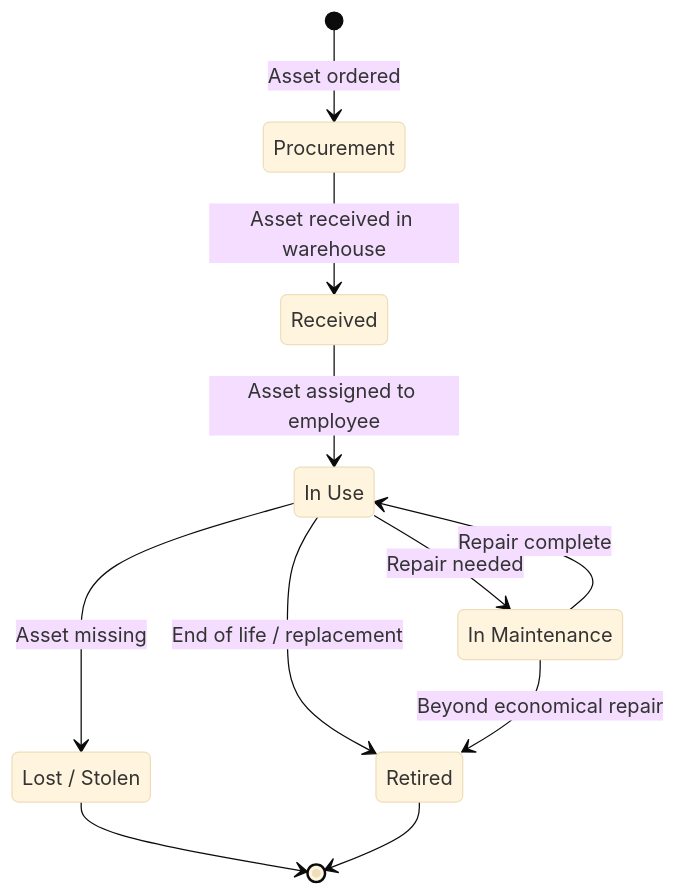
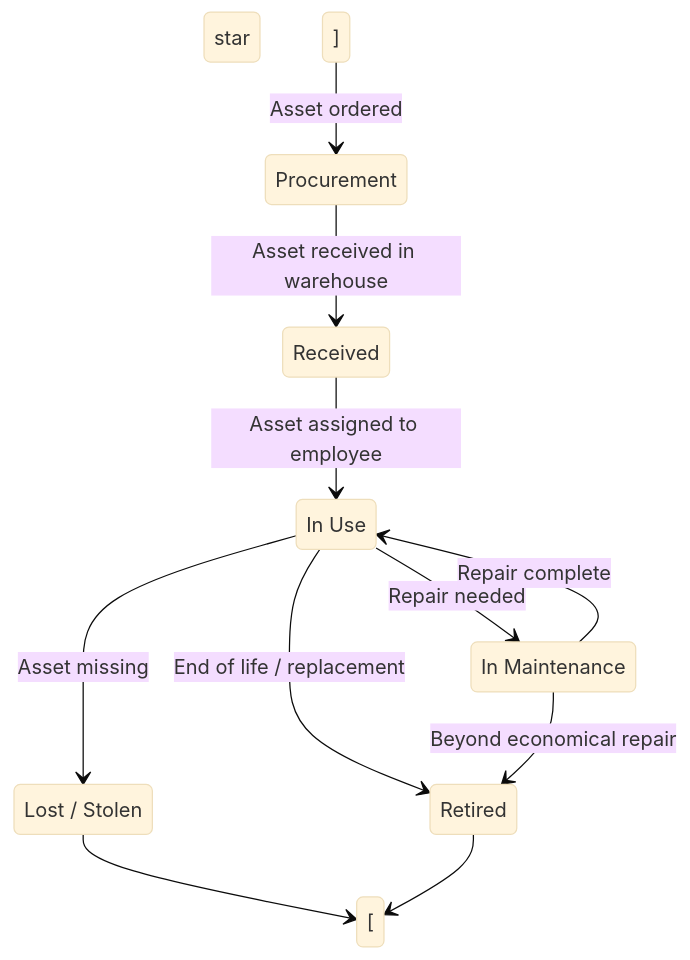
Before and after one commit to eltonaguiar/ServiceNow_Learning_TSOM-_CSM_FSM_SalesCRM_HAM_ITSM: the first of 9 diagrams in docs/modules/ham/ham-guide.md, drawn with Mermaid (base theme). The commit also changed other lines of this file and 19 other files, not shown here.

Commit message:
Fix all Mermaid diagram special characters - replace dollar, parens, slashes, quotes, pipes, nested brackets and other unsafe chars inside brackets with safe alternatives across 19 files

````diff
--- a/docs/modules/ham/ham-guide.md
+++ b/docs/modules/ham/ham-guide.md
@@ -137,18 +137,18 @@
 ```mermaid
 stateDiagram-v2
     state "In Use" as InUse
     state "In Maintenance" as InMaintenance
     state "Lost / Stolen" as LostStolen
 
-    [*] --> Procurement : Asset ordered
+    [ star ] --> Procurement : Asset ordered
     Procurement --> Received : Asset received in warehouse
     Received --> InUse : Asset assigned to employee
     InUse --> InMaintenance : Repair needed
     InMaintenance --> InUse : Repair complete
     InUse --> Retired : End of life / replacement
     InUse --> LostStolen : Asset missing
-    LostStolen --> [*]
-    Retired --> [*]
+    LostStolen --> [ star ]
+    Retired --> [ star ]
     InMaintenance --> Retired : Beyond economical repair
 
 ```
````
